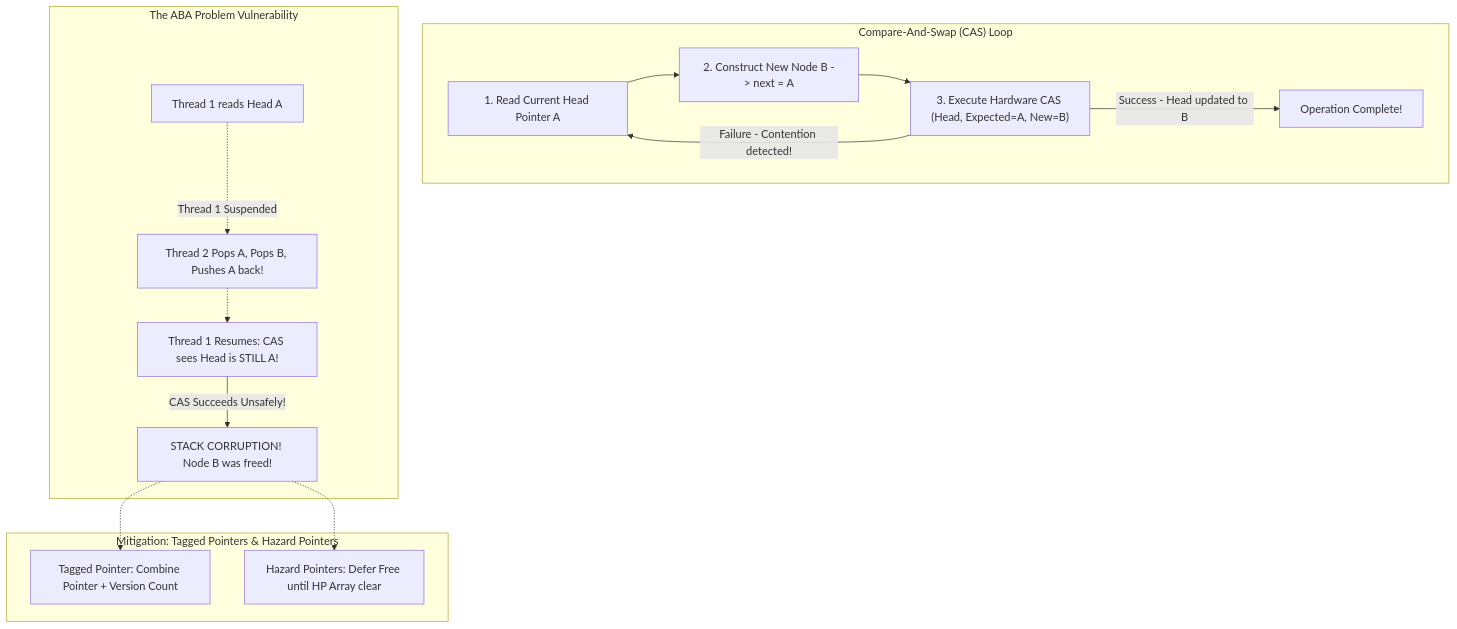
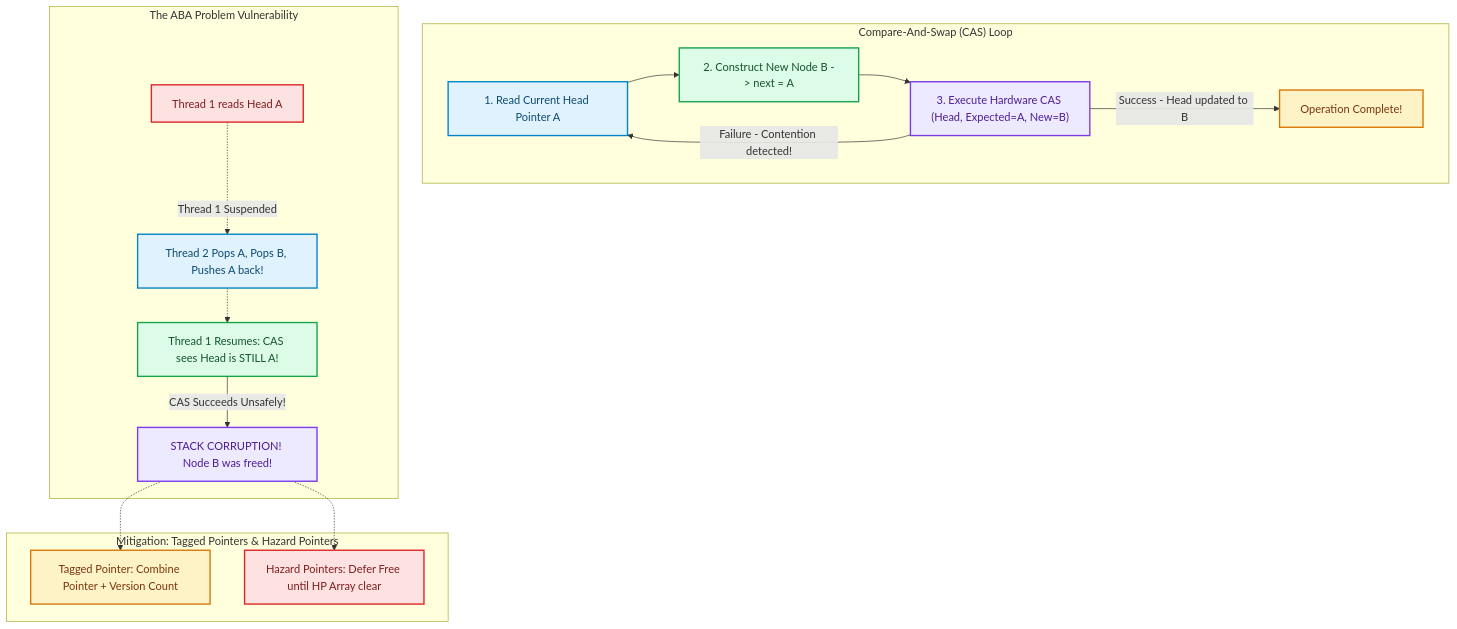
One commit to akmalkhaniub/akmalkhaniub.github.io changed the diagram in blog/posts/lock-free-data-structures-cas-aba-hazard-pointers.md. Above: the diagram before and after it, drawn with Mermaid. The commit also changed other lines of this file and 1291 other files, not shown here.

First line of the commit message:
feat(catalog): unique covers, scholarly references, and diagram palettes

````diff
--- a/blog/posts/lock-free-data-structures-cas-aba-hazard-pointers.md
+++ b/blog/posts/lock-free-data-structures-cas-aba-hazard-pointers.md
@@ -21,20 +21,31 @@
 ```mermaid
 flowchart TD
   subgraph SG1_CompareAndSwap ["Compare-And-Swap (CAS) Loop"]
-    ReadVal[1. Read Current Head Pointer A] --> PrepareNew[2. Construct New Node B -> next = A]
+    ReadVal["1. Read Current Head Pointer A"] --> PrepareNew["2. Construct New Node B -> next = A"]
     PrepareNew --> CASCheck["3. Execute Hardware CAS (Head, Expected=A, New=B)"]
-    CASCheck -->|Success - Head updated to B| Done[ Operation Complete!]
+    CASCheck -->|Success - Head updated to B| Done[" Operation Complete!"]
     CASCheck -->|Failure - Contention detected!| ReadVal
   end
   
   subgraph SG2_TheAbaProblem ["The ABA Problem Vulnerability"]
-    T1[Thread 1 reads Head A] -.->|Thread 1 Suspended| T2[Thread 2 Pops A, Pops B, Pushes A back!]
-    T2 -.-> T1Resume[Thread 1 Resumes: CAS sees Head is STILL A!]
-    T1Resume -->|CAS Succeeds Unsafely!| CorruptedStack[ STACK CORRUPTION! Node B was freed!]
+    T1["Thread 1 reads Head A"] -.->|Thread 1 Suspended| T2["Thread 2 Pops A, Pops B, Pushes A back!"]
+    T2 -.-> T1Resume["Thread 1 Resumes: CAS sees Head is STILL A!"]
+    T1Resume -->|CAS Succeeds Unsafely!| CorruptedStack[" STACK CORRUPTION! Node B was freed!"]
   end
   
   subgraph SG3_MitigationTaggedPointers ["Mitigation: Tagged Pointers & Hazard Pointers"]
-    CorruptedStack -.-> Tagged[Tagged Pointer: Combine Pointer + Version Count]
-    CorruptedStack -.-> Hazard[Hazard Pointers: Defer Free until HP Array clear]
+    CorruptedStack -.-> Tagged["Tagged Pointer: Combine Pointer + Version Count"]
+    CorruptedStack -.-> Hazard["Hazard Pointers: Defer Free until HP Array clear"]
   end
+
+classDef green fill:#dcfce7,stroke:#16a34a,stroke-width:2px,color:#14532d;
+classDef red fill:#fee2e2,stroke:#dc2626,stroke-width:2px,color:#7f1d1d;
+classDef blue fill:#e0f2fe,stroke:#0284c7,stroke-width:2px,color:#0c4a6e;
+classDef yellow fill:#fef3c7,stroke:#d97706,stroke-width:2px,color:#78350f;
+classDef purple fill:#ede9fe,stroke:#7c3aed,stroke-width:2px,color:#4c1d95;
+class ReadVal,T2 blue
+class PrepareNew,T1Resume green
+class CASCheck,CorruptedStack purple
+class Done,Tagged yellow
+class T1,Hazard red
 ```
````
